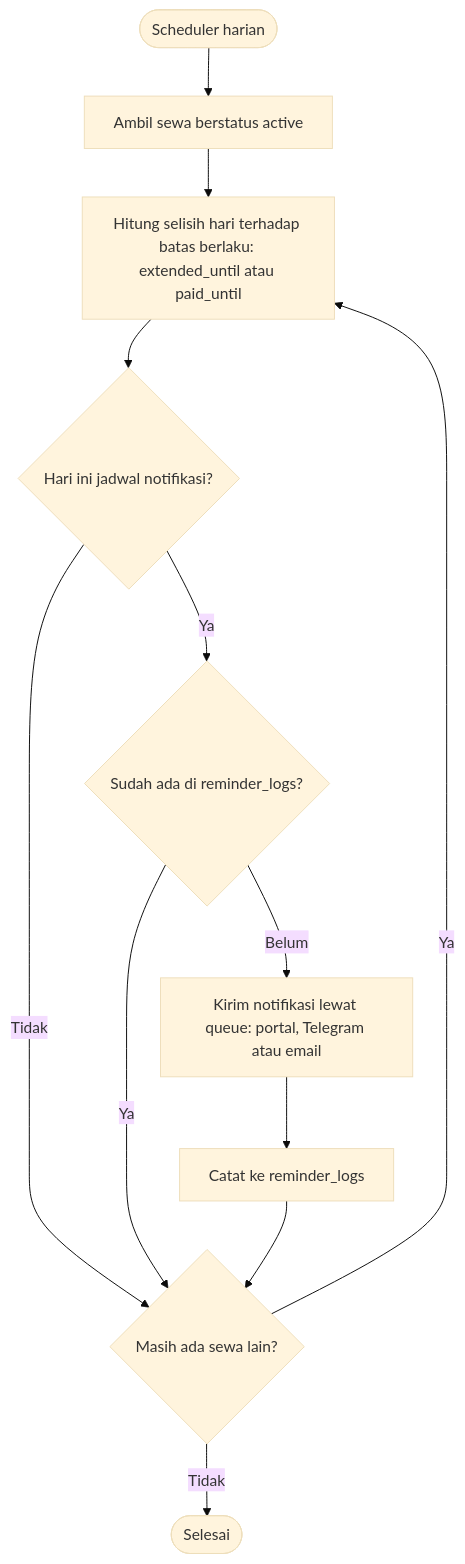
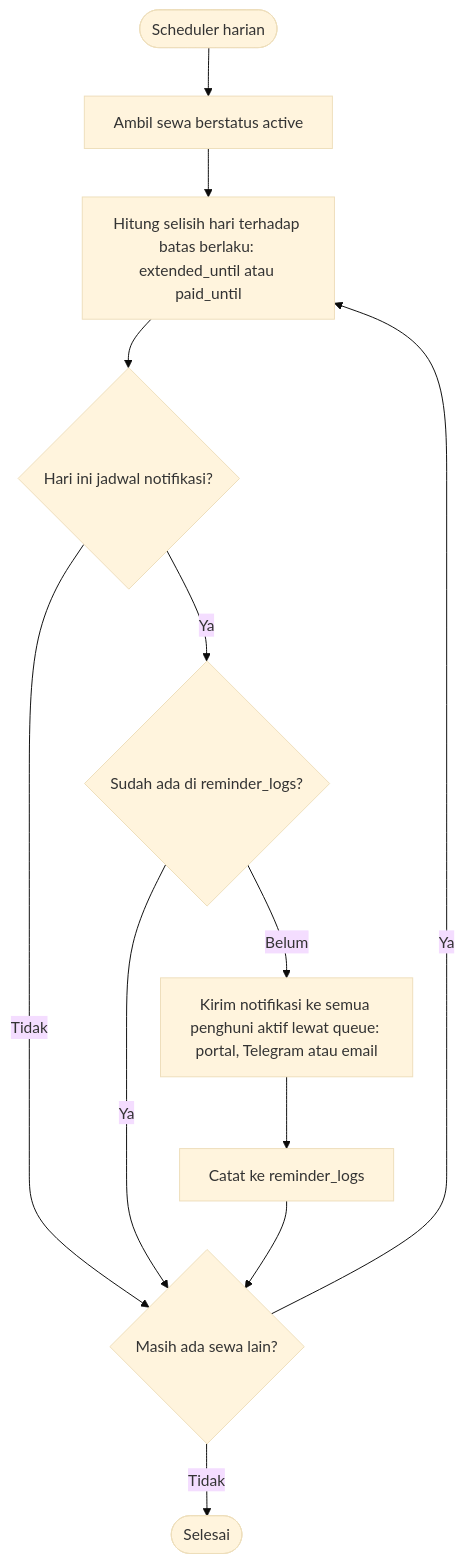
One commit to ANugroho186/kost36-app changed the second of 4 diagrams in docs/alur-bisnis.md. Above: the diagram before and after it, drawn with Mermaid (base theme). The commit also changed other lines of this file and 1 other file, not shown here.

Commit message:
docs: dukung dua penghuni per kamar dengan tabel tenancy_occupants

````diff
--- a/docs/alur-bisnis.md
+++ b/docs/alur-bisnis.md
@@ -50,14 +64,14 @@
 ```mermaid
 flowchart TD
     A([Scheduler harian]) --> B[Ambil sewa berstatus active]
     B --> C["Hitung selisih hari terhadap batas berlaku: extended_until atau paid_until"]
     C --> D{"Hari ini jadwal notifikasi?"}
     D -- Tidak --> H
     D -- Ya --> E{"Sudah ada di reminder_logs?"}
     E -- Ya --> H
-    E -- Belum --> F["Kirim notifikasi lewat queue: portal, Telegram atau email"]
+    E -- Belum --> F["Kirim notifikasi ke semua penghuni aktif lewat queue: portal, Telegram atau email"]
     F --> G[Catat ke reminder_logs]
     G --> H{"Masih ada sewa lain?"}
     H -- Ya --> C
     H -- Tidak --> I([Selesai])
 ```
````
